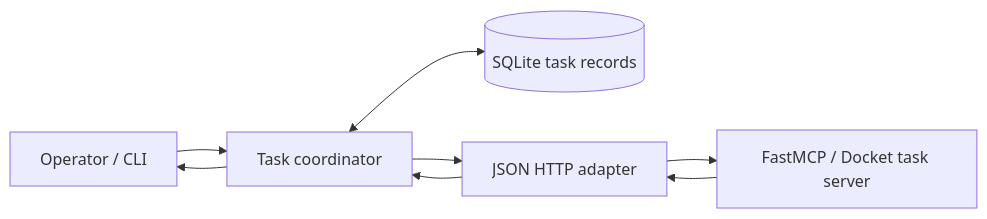
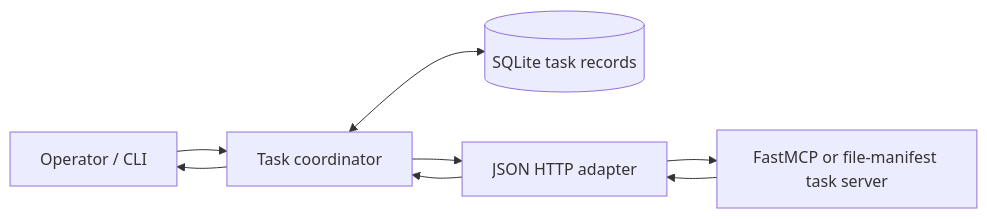
Before and after one commit to ruoyu-lu/durable-mcp-client: the diagram in README.md, drawn with Mermaid. The commit also changed other lines of this file and 20 other files, not shown here.

First line of the commit message:
Add file-manifest interoperability and persistent task progress (#25)

````diff
--- a/README.md
+++ b/README.md
@@ -24,10 +25,10 @@
 ```mermaid
 flowchart LR
     User[Operator / CLI] --> Coordinator[Task coordinator]
     Coordinator <--> DB[(SQLite task records)]
     Coordinator --> Adapter[JSON HTTP adapter]
-    Adapter --> Server[FastMCP / Docket task server]
+    Adapter --> Server[FastMCP or file-manifest task server]
     Server --> Adapter
     Adapter --> Coordinator
     Coordinator --> User
 ```
````
